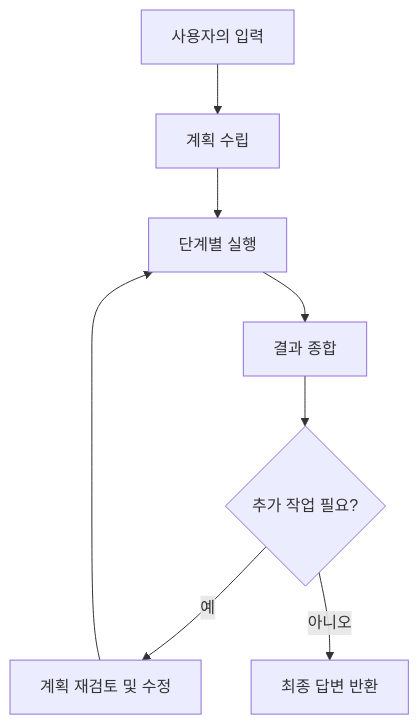
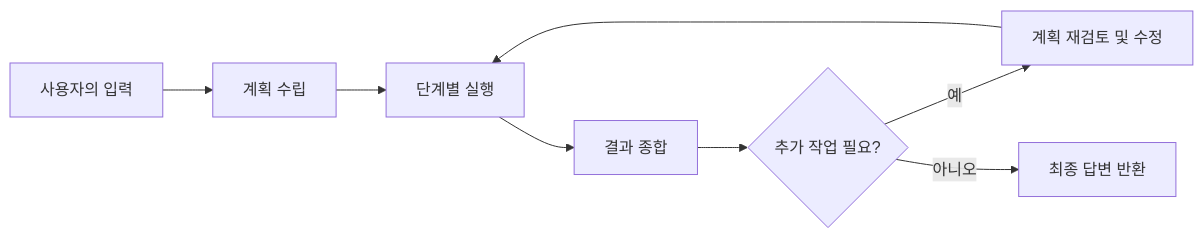
One commit to Joon-Park92/Joon-Park92.github.io changed the third of 12 diagrams in docs/0e8f9f02-0c8d-4764-9952-512a95698684.md. Above: the diagram before and after it, drawn with Mermaid. The commit also changed other lines of this file, not shown here.

````diff
--- a/docs/0e8f9f02-0c8d-4764-9952-512a95698684.md
+++ b/docs/0e8f9f02-0c8d-4764-9952-512a95698684.md
@@ -58,11 +60,11 @@
 ```mermaid
-graph TD;
+graph LR;
     A[사용자의 입력] --> B[계획 수립]
     B --> C[단계별 실행]
     C --> D[결과 종합]
     D --> E{추가 작업 필요?}
     E -- 예 --> F[계획 재검토 및 수정]
     F --> C
     E -- 아니오 --> G[최종 답변 반환]
 
 ```
````
